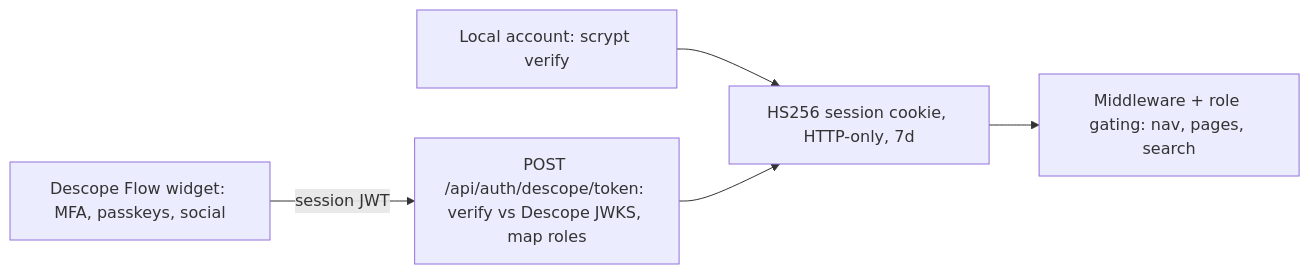
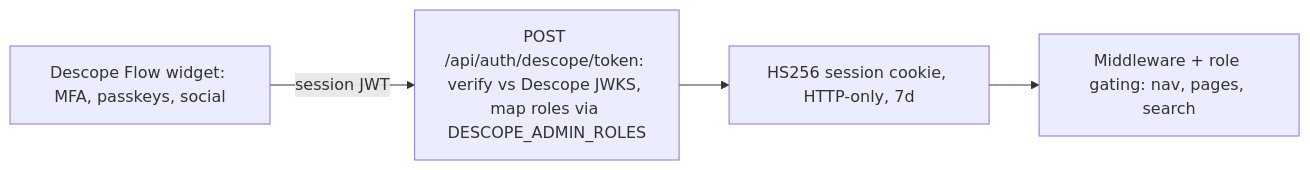
One commit to shaumik/smilify changed the second of 2 diagrams in README.md. Above: the diagram before and after it, drawn with Mermaid. The commit also changed other lines of this file and 15 other files, not shown here.

First line of the commit message:
Security: remove password login entirely — Descope is the only sign-in path

````diff
--- a/README.md
+++ b/README.md
@@ -81,7 +82,6 @@
 ```mermaid
 flowchart LR
-    D[Descope Flow widget: MFA, passkeys, social] -- session JWT --> T[POST /api/auth/descope/token: verify vs Descope JWKS, map roles]
-    P[Local account: scrypt verify] --> S[HS256 session cookie, HTTP-only, 7d]
-    T --> S
+    D[Descope Flow widget: MFA, passkeys, social] -- session JWT --> T[POST /api/auth/descope/token: verify vs Descope JWKS, map roles via DESCOPE_ADMIN_ROLES]
+    T --> S[HS256 session cookie, HTTP-only, 7d]
     S --> G[Middleware + role gating: nav, pages, search]
 ```
````
